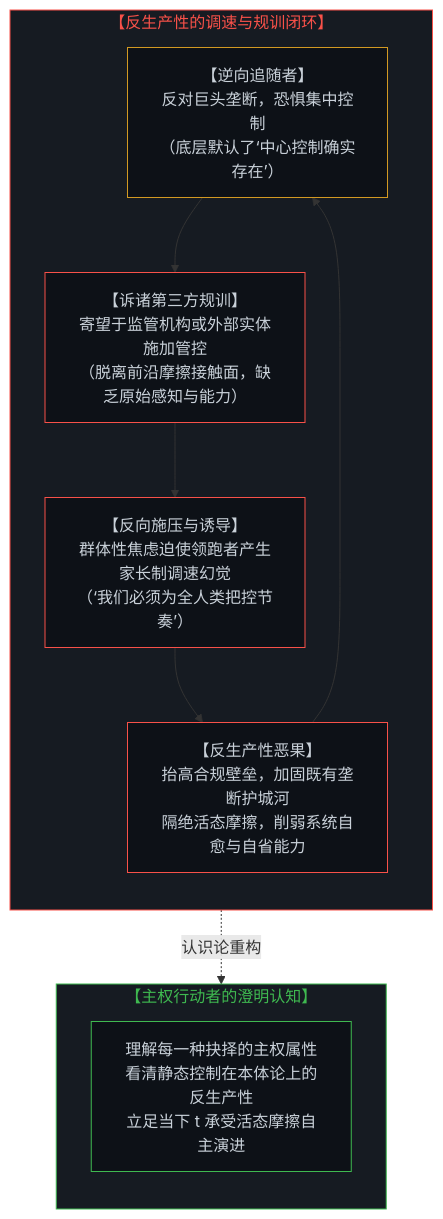
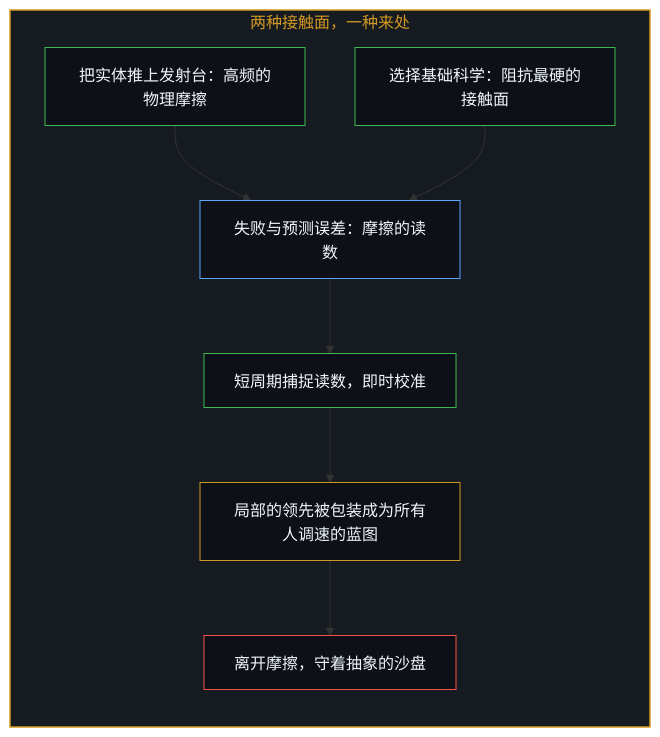
One commit to powerpig99/not-a-toe changed the fifth of 10 diagrams in content/posts/the-fallacy-of-pacing-and-the-felt-friction-of-ground-truth.md. Above: the diagram before and after it, drawn with Mermaid. The commit also changed other lines of this file and 5 other files, not shown here.

Commit message:
Refine the-fallacy-of-pacing: alternating bilingual layout, five paired diagrams, implicit first person; review as signal not authority in two earlier posts; anchors aligned

````diff
--- a/content/posts/the-fallacy-of-pacing-and-the-felt-friction-of-ground-truth.md
+++ b/content/posts/the-fallacy-of-pacing-and-the-felt-friction-of-ground-truth.md
@@ -165,27 +143,25 @@
 ```mermaid
-graph TD
-    subgraph S_Loop["【反生产性的调速与规训闭环】"]
+flowchart TD
+    subgraph S_Contact["两种接触面，一种来处"]
         direction TB
-        RF["【逆向追随者】<br>反对巨头垄断，恐惧集中控制<br>（底层默认了‘中心控制确实存在’）"]
-        TP["【诉诸第三方规训】<br>寄望于监管机构或外部实体施加管控<br>（脱离前沿摩擦接触面，缺乏原始感知与能力）"]
-        PR["【反向施压与诱导】<br>群体性焦虑迫使领跑者产生家长制调速幻觉<br>（‘我们必须为全人类把控节奏’）"]
-        MO["【反生产性恶果】<br>抬高合规壁垒，加固既有垄断护城河<br>隔绝活态摩擦，削弱系统自愈与自省能力"]
-
-        RF --> TP --> PR --> MO --> RF
+        Launch["把实体推上发射台：高频的物理摩擦"]
+        Science["选择基础科学：阻抗最硬的接触面"]
+        Reading["失败与预测误差：摩擦的读数"]
+        Learn["短周期捕捉读数，即时校准"]
+        Package["局部的领先被包装成为所有人调速的蓝图"]
+        Sand["离开摩擦，守着抽象的沙盘"]
+        Launch --> Reading
+        Science --> Reading
+        Reading --> Learn
+        Learn --> Package
+        Package --> Sand
     end
 
-    subgraph S_Sovereign["【主权行动者的澄明认知】"]
-        direction TB
-        SOV["理解每一种抉择的主权属性<br>看清静态控制在本体论上的反生产性<br>立足当下 t 承受活态摩擦自主演进"]
-    end
-
-    MO -.->|"认识论重构"| SOV
-
-    style S_Loop fill:#161b22,stroke:#f85149,stroke-width:1px,color:#f85149
-    style S_Sovereign fill:#161b22,stroke:#3fb950,stroke-width:1px,color:#3fb950
-    style RF fill:#0d1117,stroke:#d29922,stroke-width:1px,color:#c9d1d9
-    style TP fill:#0d1117,stroke:#f85149,stroke-width:1px,color:#c9d1d9
-    style PR fill:#0d1117,stroke:#f85149,stroke-width:1px,color:#c9d1d9
-    style MO fill:#0d1117,stroke:#f85149,stroke-width:1px,color:#c9d1d9
-    style SOV fill:#0d1117,stroke:#3fb950,stroke-width:1px,color:#c9d1d9
+    style S_Contact fill:#161b22,stroke:#d29922,stroke-width:1.5px,color:#d29922
+    style Launch fill:#0d1117,stroke:#3fb950,stroke-width:1px,color:#f0f6fc
+    style Science fill:#0d1117,stroke:#3fb950,stroke-width:1px,color:#f0f6fc
+    style Reading fill:#0d1117,stroke:#58a6ff,stroke-width:1px,color:#f0f6fc
+    style Learn fill:#0d1117,stroke:#3fb950,stroke-width:1px,color:#f0f6fc
+    style Package fill:#0d1117,stroke:#d29922,stroke-width:1px,color:#f0f6fc
+    style Sand fill:#0d1117,stroke:#f85149,stroke-width:1px,color:#f0f6fc
 ```
````
